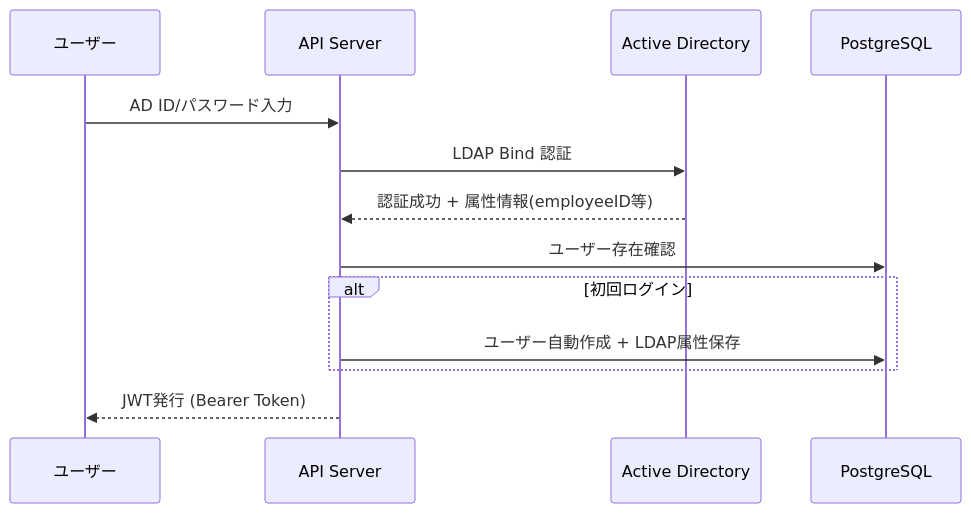
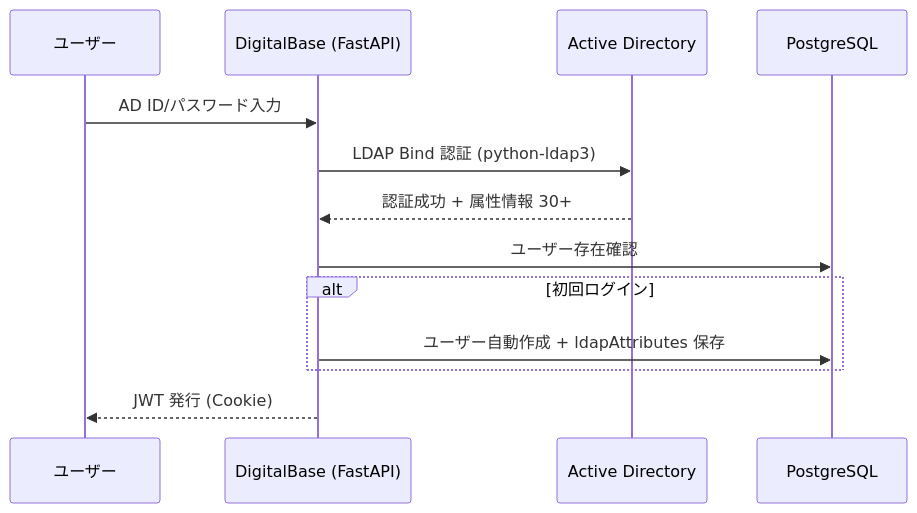
The third of 5 diagrams in docs/src/17_システム構成図.md (lmlight-app/dist_vite), drawn with Mermaid before and after one commit. The commit also changed other lines of this file and 58 other files, not shown here.

First line of the commit message:
Rebrand LM Light to DigitalBase and update docs

````diff
--- a/docs/src/17_システム構成図.md
+++ b/docs/src/17_システム構成図.md
@@ -168,16 +157,16 @@
 ```mermaid
 sequenceDiagram
     participant U as ユーザー
-    participant API as API Server
+    participant App as DigitalBase (FastAPI)
     participant AD as Active Directory
     participant DB as PostgreSQL
 
-    U->>API: AD ID/パスワード入力
-    API->>AD: LDAP Bind 認証
-    AD-->>API: 認証成功 + 属性情報(employeeID等)
-    API->>DB: ユーザー存在確認
+    U->>App: AD ID/パスワード入力
+    App->>AD: LDAP Bind 認証 (python-ldap3)
+    AD-->>App: 認証成功 + 属性情報 30+
+    App->>DB: ユーザー存在確認
     alt 初回ログイン
-        API->>DB: ユーザー自動作成 + LDAP属性保存
+        App->>DB: ユーザー自動作成 + ldapAttributes 保存
     end
-    API-->>U: JWT発行 (Bearer Token)
+    App-->>U: JWT 発行 (Cookie)
 ```
````
